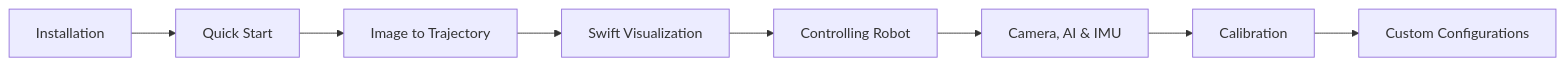
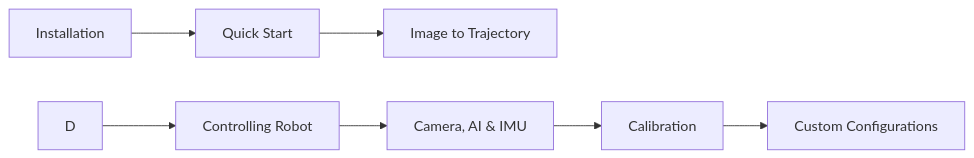
One commit to mamrehn/pib3 changed the diagram in docs/tutorials/index.md. Above: the diagram before and after it, drawn with Mermaid. The commit also changed other lines of this file and 23 other files, not shown here.

First line of the commit message:
Refactor documentation and codebase to remove Swift visualization support

````diff
--- a/docs/tutorials/index.md
+++ b/docs/tutorials/index.md
@@ -55,10 +55,10 @@
 ```mermaid
 graph LR
     A[Installation] --> B[Quick Start]
     B --> C[Image to Trajectory]
-    C --> D[Swift Visualization]
+
     D --> E[Controlling Robot]
     E --> F[Camera, AI & IMU]
     F --> G[Calibration]
     G --> H[Custom Configurations]
 ```
````
